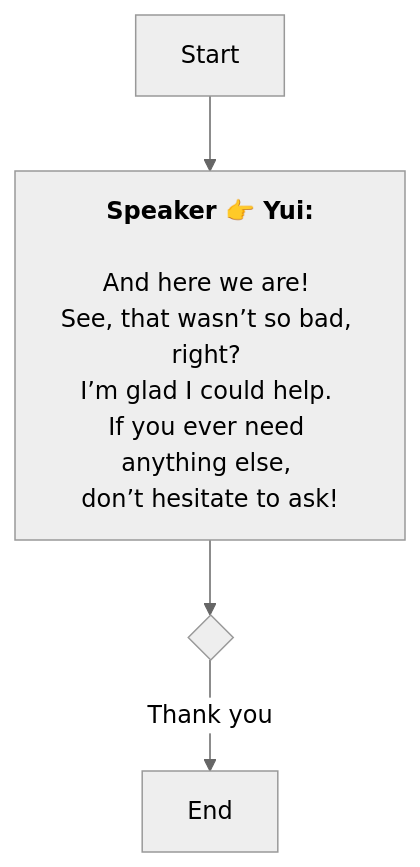
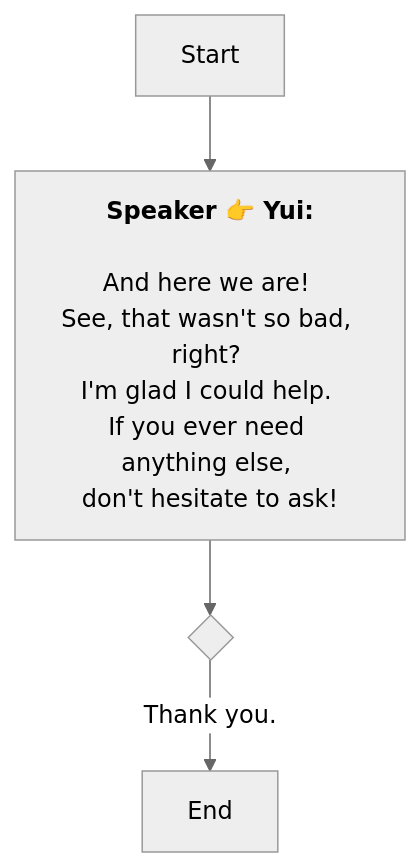
The diagram in En/QuestStartTalkENode_1769057929237633.md (SoftHu/tos_avg), drawn with Mermaid (neutral theme) before and after one commit. The commit also changed 312 other files, not shown here.

````diff
--- a/En/QuestStartTalkENode_1769057929237633.md
+++ b/En/QuestStartTalkENode_1769057929237633.md
@@ -1,13 +1,13 @@
 ```mermaid
 graph
 Start -->1769057966047364[<b>Speaker 👉 Yui:</b>
 
 And here we are! 
-See, that wasn’t so bad, right? 
-I’m glad I could help. 
+See, that wasn't so bad, right? 
+I'm glad I could help. 
 If you ever need anything else, 
-don’t hesitate to ask!]
+don't hesitate to ask!]
 1769057966047364 -->1769057992618118{ }
-1769057992618118 -->|Thank you|1769057987247237[End]
+1769057992618118 -->|Thank you.|1769057987247237[End]
 
  ```
````
